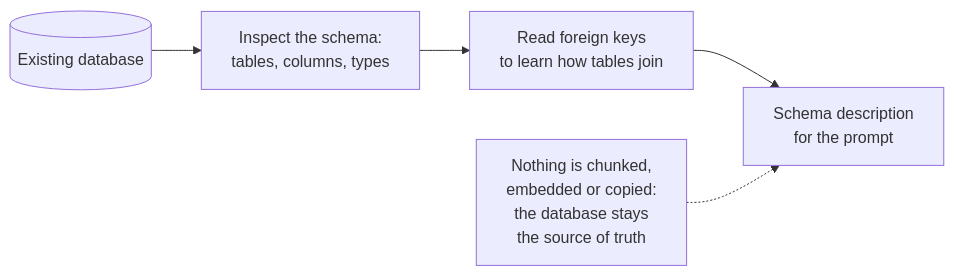
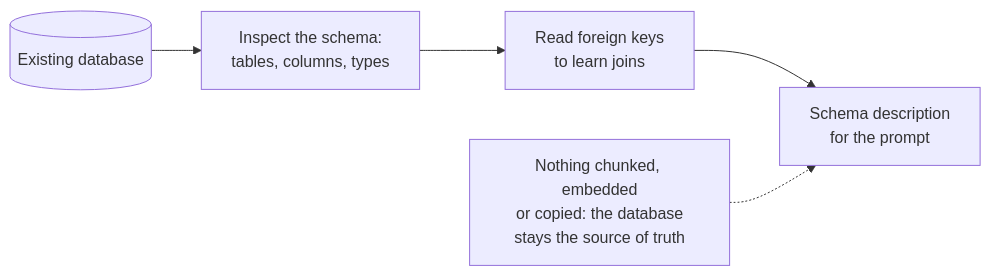
Before and after one commit to jjaaxx44/genai-personal-lab-rag: the first of 2 diagrams in app/demos/rag/sql_rag/README.md, drawn with Mermaid. The commit also changed other lines of this file and 32 other files, not shown here.

````diff
--- a/app/demos/rag/sql_rag/README.md
+++ b/app/demos/rag/sql_rag/README.md
@@ -17,7 +9,7 @@
 ```mermaid
 flowchart LR
   A[("Existing database")] --> B["Inspect the schema:<br/>tables, columns, types"]
-  B --> C["Read foreign keys<br/>to learn how tables join"]
+  B --> C["Read foreign keys<br/>to learn joins"]
   C --> D["Schema description<br/>for the prompt"]
-  N["Nothing is chunked,<br/>embedded or copied:<br/>the database stays<br/>the source of truth"] -.-> D
+  N["Nothing chunked, embedded<br/>or copied: the database<br/>stays the source of truth"] -.-> D
 ```
````
